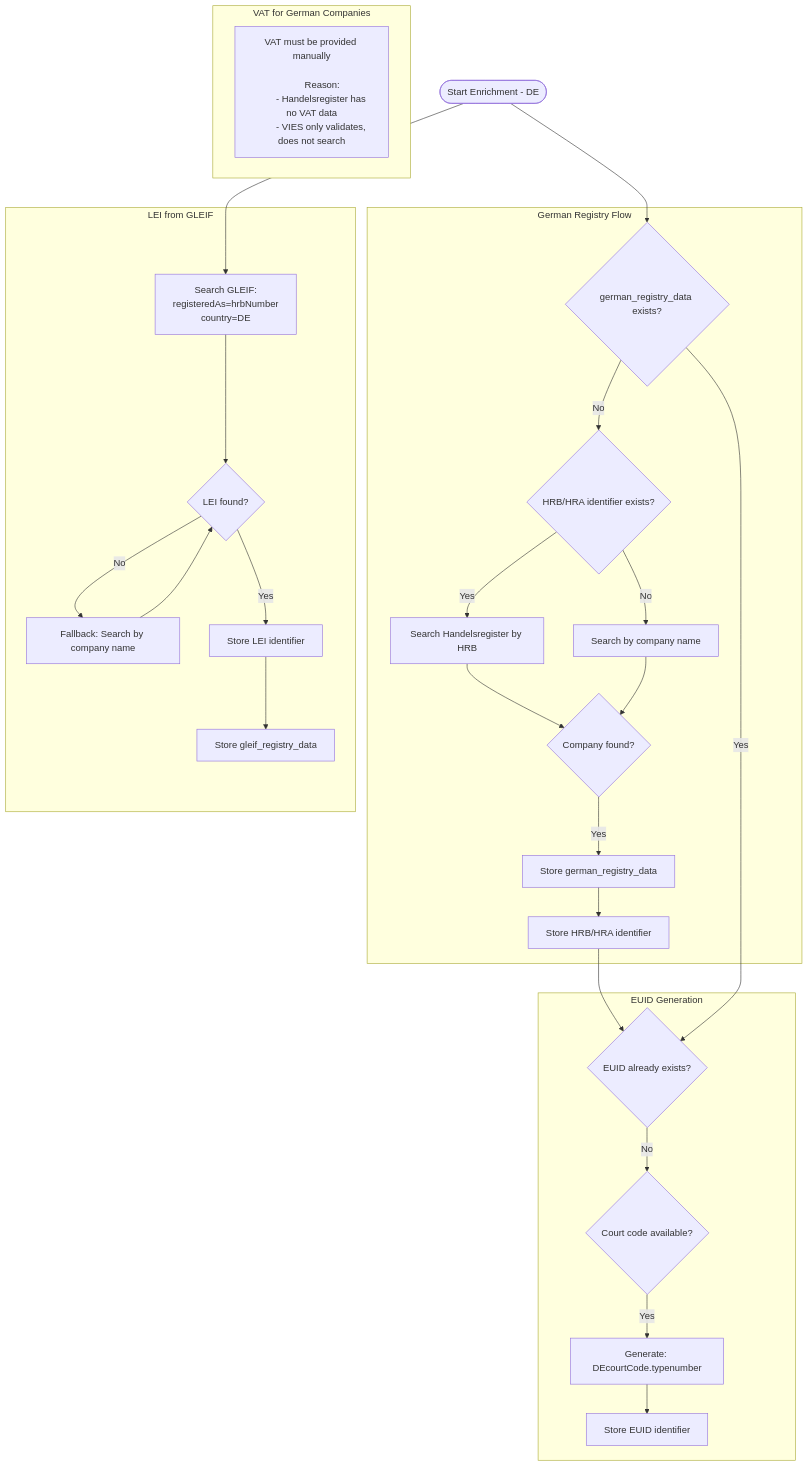
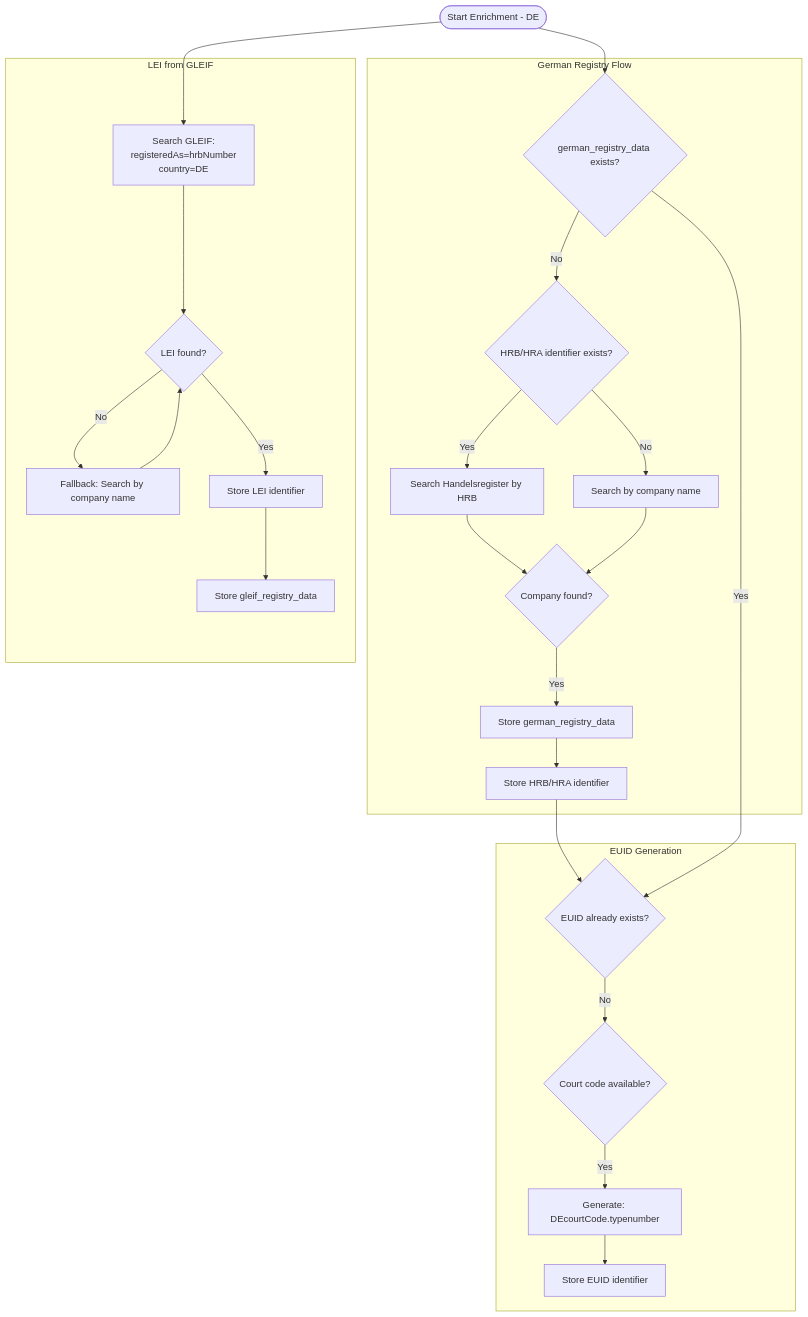
Before and after one commit to DeNoronha/ctn-asr-demo: the third of 7 diagrams in docs/ENRICHMENT_ARCHITECTURE.md, drawn with Mermaid. The commit also changed other lines of this file, not shown here.

First line of the commit message:
docs: update ENRICHMENT_ARCHITECTURE based on review feedback

````diff
--- a/docs/ENRICHMENT_ARCHITECTURE.md
+++ b/docs/ENRICHMENT_ARCHITECTURE.md
@@ -247,61 +251,53 @@
 ```mermaid
 flowchart TD
     START([Start Enrichment - DE])
 
     subgraph HRB_Flow["German Registry Flow"]
         CHECK_DE_DATA{german_registry_data exists?}
         HAS_HRB{HRB/HRA identifier exists?}
         SEARCH_BY_HRB[Search Handelsregister by HRB]
         SEARCH_BY_NAME[Search by company name]
         HR_FOUND{Company found?}
         STORE_DE_DATA[Store german_registry_data]
         STORE_HRB[Store HRB/HRA identifier]
     end
 
     subgraph EUID_Flow["EUID Generation"]
         HAS_EUID{EUID already exists?}
         HAS_COURT_CODE{Court code available?}
         GENERATE_EUID["Generate: DEcourtCode.typenumber"]
         STORE_EUID[Store EUID identifier]
     end
 
     subgraph LEI_Flow["LEI from GLEIF"]
         SEARCH_GLEIF_DE["Search GLEIF:
         registeredAs=hrbNumber
         country=DE"]
         SEARCH_GLEIF_NAME["Fallback: Search by company name"]
         LEI_FOUND{LEI found?}
         STORE_LEI[Store LEI identifier]
         STORE_GLEIF[Store gleif_registry_data]
     end
 
-    subgraph VAT_Note["VAT for German Companies"]
-        VAT_MANUAL["VAT must be provided manually
-
-        Reason:
-        - Handelsregister has no VAT data
-        - VIES only validates, does not search"]
-    end
-
     START --> CHECK_DE_DATA
     CHECK_DE_DATA -->|No| HAS_HRB
     HAS_HRB -->|Yes| SEARCH_BY_HRB
     HAS_HRB -->|No| SEARCH_BY_NAME
     SEARCH_BY_HRB --> HR_FOUND
     SEARCH_BY_NAME --> HR_FOUND
     HR_FOUND -->|Yes| STORE_DE_DATA
     STORE_DE_DATA --> STORE_HRB
 
     STORE_HRB --> HAS_EUID
     CHECK_DE_DATA -->|Yes| HAS_EUID
     HAS_EUID -->|No| HAS_COURT_CODE
     HAS_COURT_CODE -->|Yes| GENERATE_EUID
     GENERATE_EUID --> STORE_EUID
 
     START --> SEARCH_GLEIF_DE
     SEARCH_GLEIF_DE --> LEI_FOUND
     LEI_FOUND -->|No| SEARCH_GLEIF_NAME
     SEARCH_GLEIF_NAME --> LEI_FOUND
     LEI_FOUND -->|Yes| STORE_LEI
     STORE_LEI --> STORE_GLEIF
 ```
````
